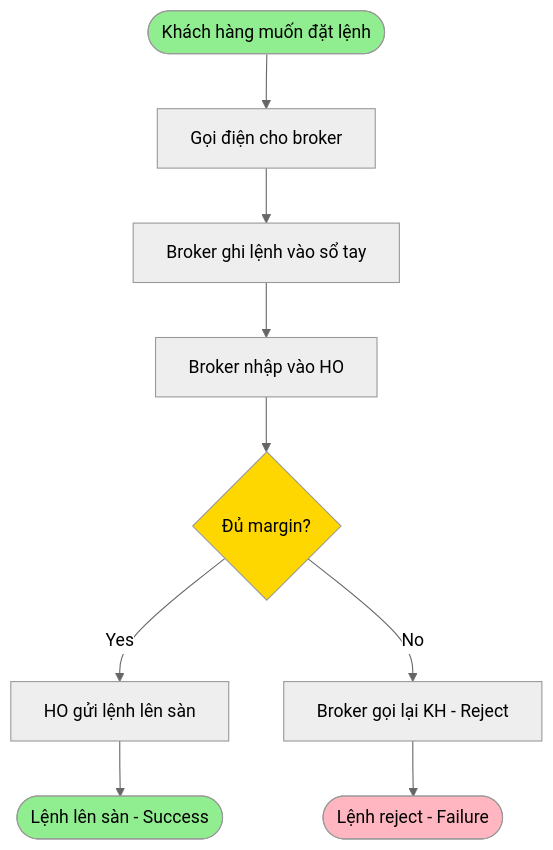
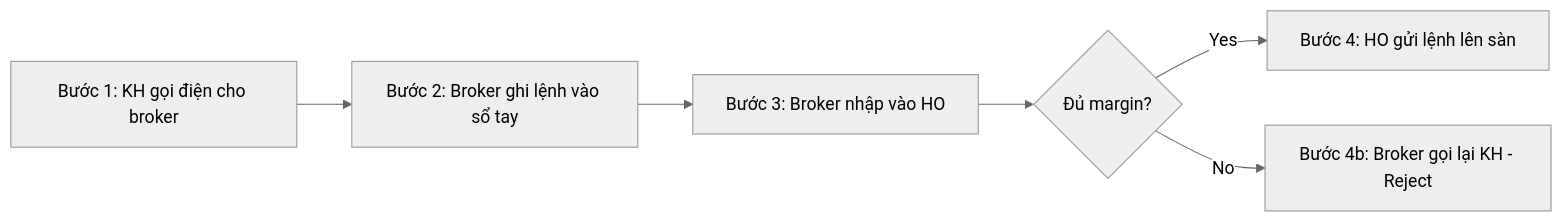
The first of 7 diagrams in skills/ba-process-modeling/SKILL.md (quangnt2697/Agent-skills), drawn with Mermaid (neutral theme) before and after one commit. The commit also changed other lines of this file and 3 other files, not shown here.

First line of the commit message:
refactor(ba): chuẩn hóa AC dạng Gherkin và sơ đồ Mermaid theo Rule 7

````diff
--- a/skills/ba-process-modeling/SKILL.md
+++ b/skills/ba-process-modeling/SKILL.md
@@ -166,26 +172,15 @@
 ```mermaid
-flowchart TD
-    Start([Khách hàng muốn đặt lệnh])
-    A[Gọi điện cho broker]
-    B[Broker ghi lệnh vào sổ tay]
-    C[Broker nhập vào HO]
-    D{Đủ margin?}
-    E[HO gửi lệnh lên sàn]
-    F[Broker gọi lại KH - Reject]
-    End1([Lệnh lên sàn - Success])
-    End2([Lệnh reject - Failure])
-    
-    Start --> A
+flowchart LR
+    A["Bước 1: KH gọi điện cho broker"]
+    B["Bước 2: Broker ghi lệnh vào sổ tay"]
+    C["Bước 3: Broker nhập vào HO"]
+    D{"Đủ margin?"}
+    E["Bước 4: HO gửi lệnh lên sàn"]
+    F["Bước 4b: Broker gọi lại KH - Reject"]
+
     A --> B
     B --> C
     C --> D
     D -->|Yes| E
     D -->|No| F
-    E --> End1
-    F --> End2
-    
-    style Start fill:#90EE90
-    style End1 fill:#90EE90
-    style End2 fill:#FFB6C1
-    style D fill:#FFD700
 ```
````
